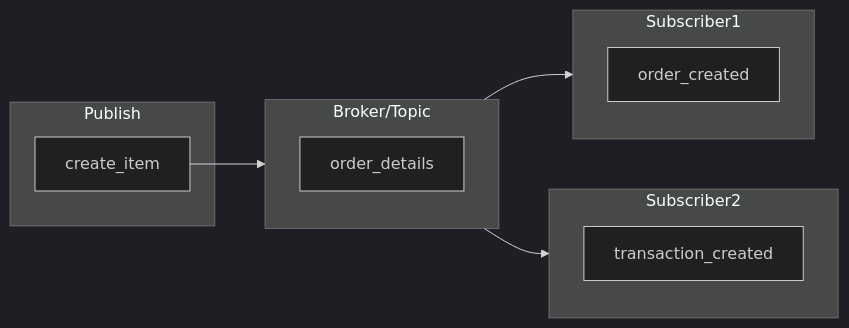
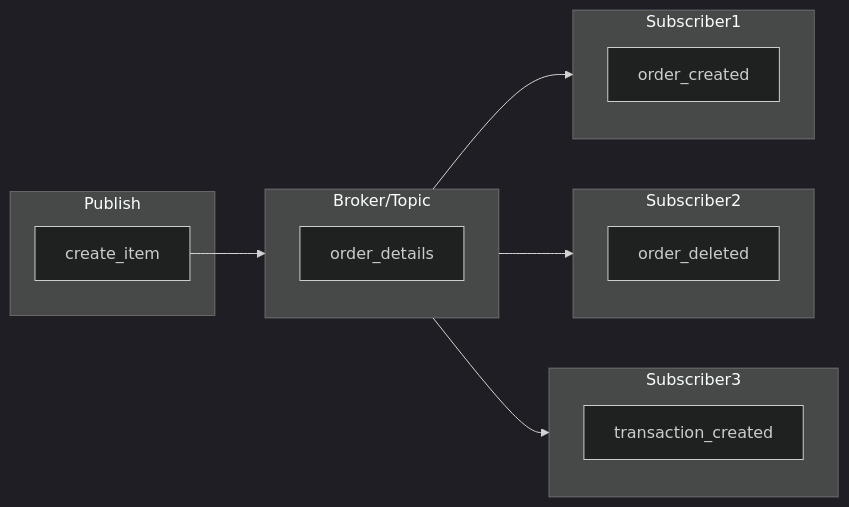
The first of 2 diagrams in README.md (tiagornandrade/flask-api-order-python-kafka), drawn with Mermaid (dark theme) before and after one commit. The commit also changed other lines of this file, not shown here.

Commit message:
include order_deleted on README

````diff
--- a/README.md
+++ b/README.md
@@ -11,23 +11,28 @@
 ```mermaid
 flowchart LR
 
 subgraph Publish
     create_item
 end
 
 subgraph Broker/Topic
     order_details
 end
 
 subgraph Subscriber1
     order_created
 end
 
 subgraph Subscriber2
+    order_deleted
+end
+
+subgraph Subscriber3
     transaction_created
 end
 
 create_item --> Broker/Topic
 Broker/Topic --> Subscriber1
 Broker/Topic --> Subscriber2
+Broker/Topic --> Subscriber3
 ```
````
